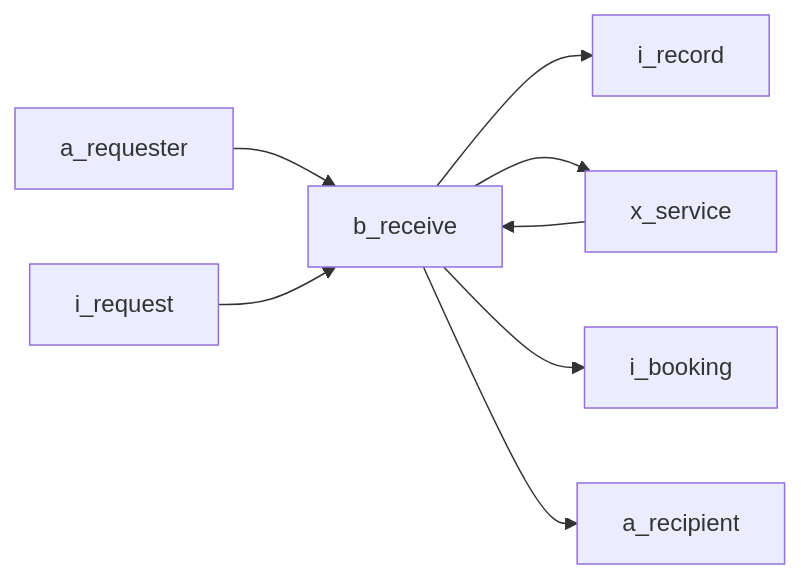
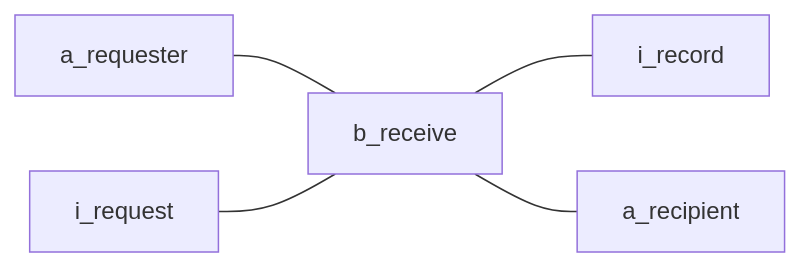
One commit to maakbo/fde changed the second of 2 diagrams in .agents/skills/mermaid-diagram-authoring/references/icon-context.md. Above: the diagram before and after it, drawn with Mermaid. The commit also changed other lines of this file and 40 other files, not shown here.

````diff
--- a/.agents/skills/mermaid-diagram-authoring/references/icon-context.md
+++ b/.agents/skills/mermaid-diagram-authoring/references/icon-context.md
@@ -92,10 +94,13 @@
 ```mermaid
 flowchart LR
-  a_requester --> b_receive
-  i_request --> b_receive
-  b_receive --> i_record
-  b_receive --> x_service
-  x_service --> b_receive
-  b_receive --> i_booking
-  b_receive --> a_recipient
+  a_requester
+  i_request
+  b_receive
+  i_record
+  a_recipient
+
+  a_requester --- b_receive
+  i_request --- b_receive
+  b_receive --- i_record
+  b_receive --- a_recipient
 ```
````
